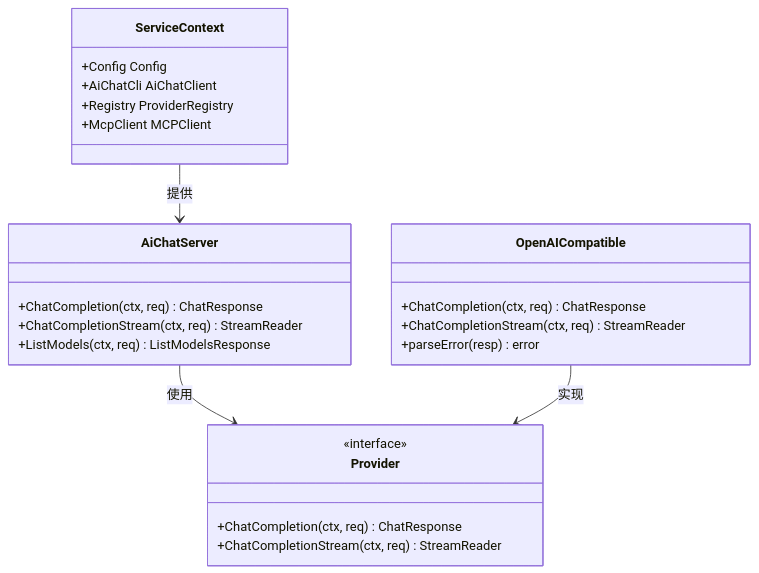
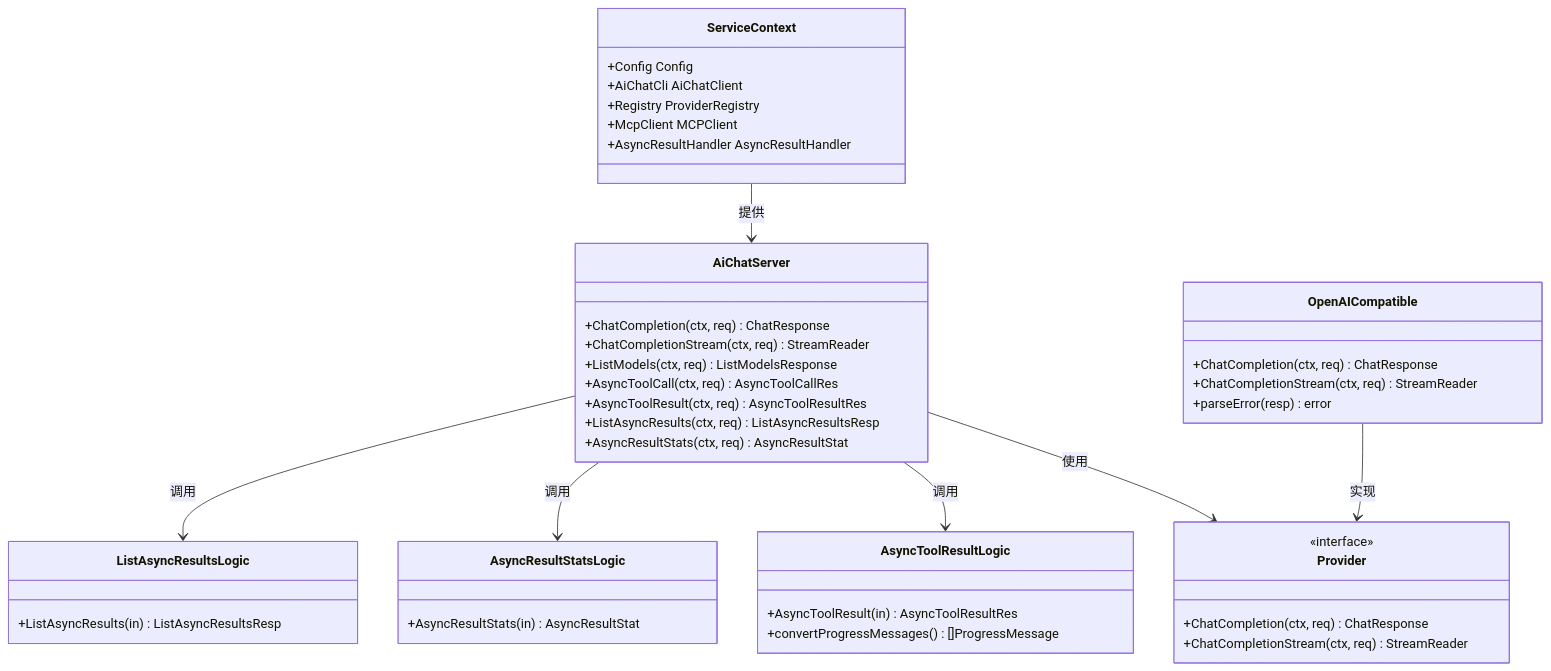
The fourth of 19 diagrams in .qoder/repowiki/zh/content/网关与接口/AI网关服务.md (maomao94/zero-service), drawn with Mermaid before and after one commit. The commit also changed other lines of this file and 58 other files, not shown here.

````diff
--- a/.qoder/repowiki/zh/content/网关与接口/AI网关服务.md
+++ b/.qoder/repowiki/zh/content/网关与接口/AI网关服务.md
@@ -273,27 +362,45 @@
 ```mermaid
 classDiagram
 class AiChatServer {
 +ChatCompletion(ctx, req) ChatResponse
 +ChatCompletionStream(ctx, req) StreamReader
 +ListModels(ctx, req) ListModelsResponse
++AsyncToolCall(ctx, req) AsyncToolCallRes
++AsyncToolResult(ctx, req) AsyncToolResultRes
++ListAsyncResults(ctx, req) ListAsyncResultsResp
++AsyncResultStats(ctx, req) AsyncResultStat
 }
 class Provider {
 <<interface>>
 +ChatCompletion(ctx, req) ChatResponse
 +ChatCompletionStream(ctx, req) StreamReader
 }
 class ServiceContext {
 +Config Config
 +AiChatCli AiChatClient
 +Registry ProviderRegistry
 +McpClient MCPClient
++AsyncResultHandler AsyncResultHandler
 }
 class OpenAICompatible {
 +ChatCompletion(ctx, req) ChatResponse
 +ChatCompletionStream(ctx, req) StreamReader
 +parseError(resp) error
 }
+class AsyncToolResultLogic {
++AsyncToolResult(in) AsyncToolResultRes
++convertProgressMessages() []ProgressMessage
+}
+class AsyncResultStatsLogic {
++AsyncResultStats(in) AsyncResultStat
+}
+class ListAsyncResultsLogic {
++ListAsyncResults(in) ListAsyncResultsResp
+}
 AiChatServer --> Provider : 使用
+AiChatServer --> AsyncToolResultLogic : 调用
+AiChatServer --> AsyncResultStatsLogic : 调用
+AiChatServer --> ListAsyncResultsLogic : 调用
 ServiceContext --> AiChatServer : 提供
 OpenAICompatible --> Provider : 实现
 ```
````
